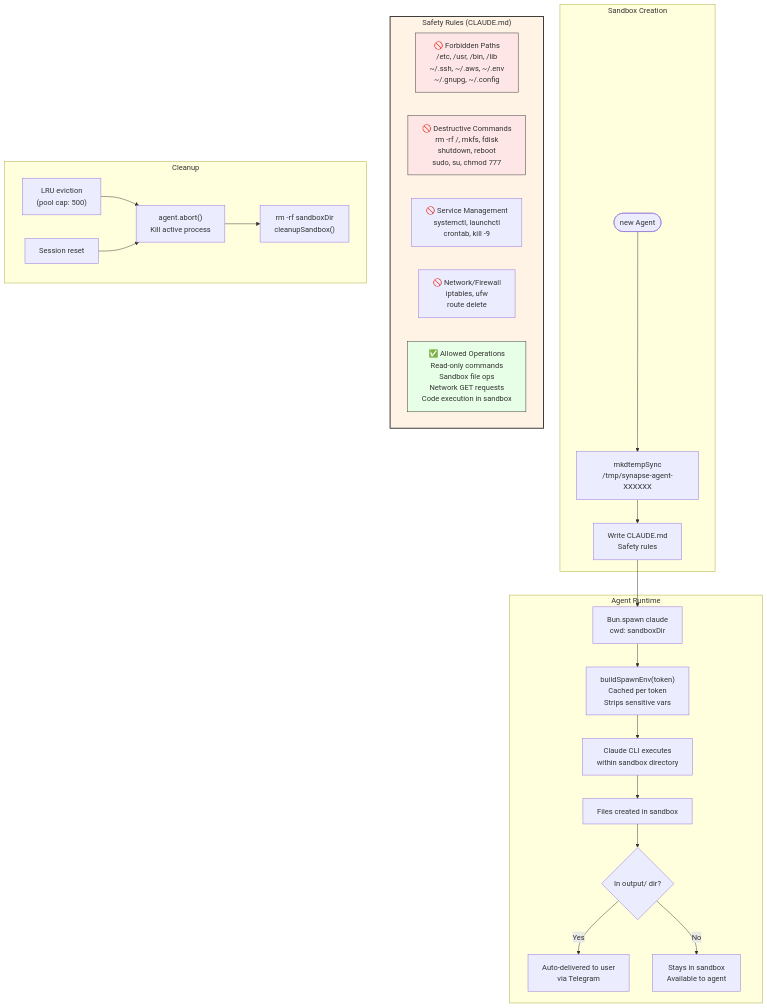
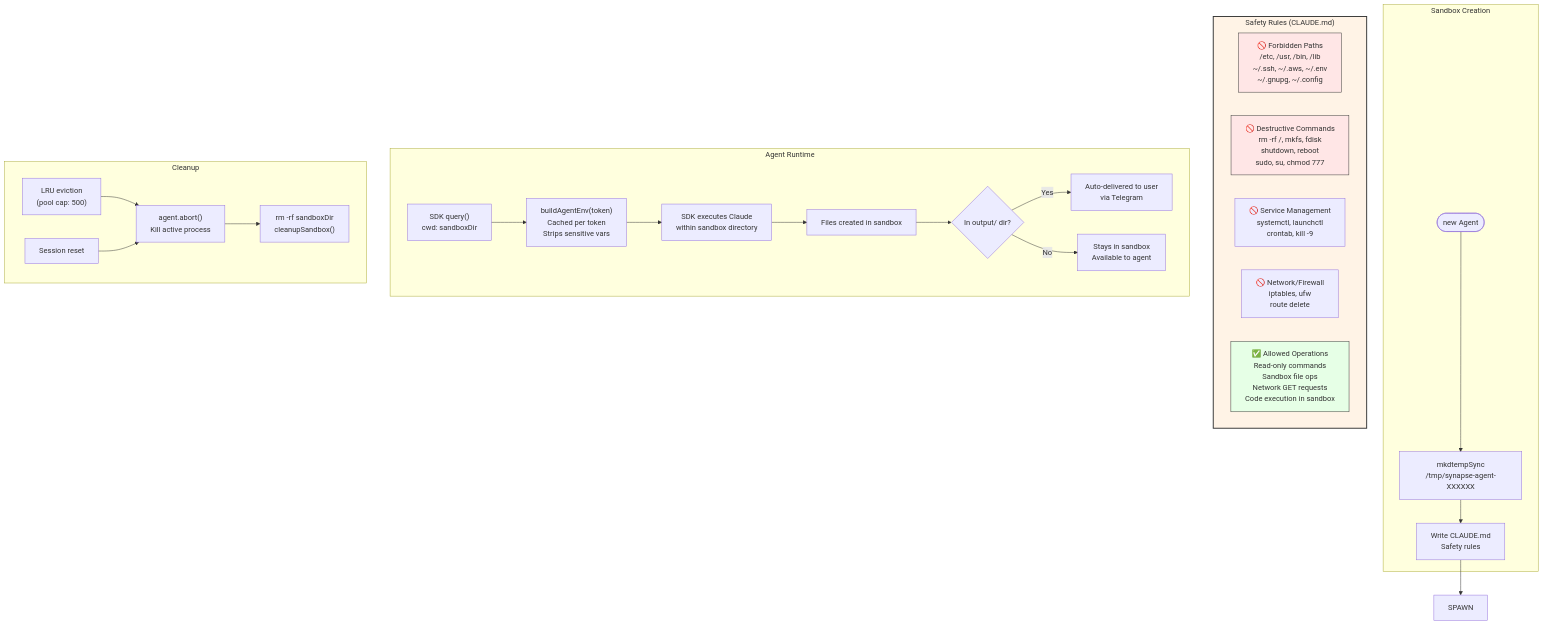
Before and after one commit to egeominotti/Synapse: diagram 11 of 12 in docs/ARCHITECTURE.md, drawn with Mermaid. The commit also changed other lines of this file and 16 other files, not shown here.

````diff
--- a/docs/ARCHITECTURE.md
+++ b/docs/ARCHITECTURE.md
@@ -623,39 +605,39 @@
 ```mermaid
 flowchart TD
     subgraph CREATE["Sandbox Creation"]
         NEW_AGENT([new Agent]) --> MKTEMP["mkdtempSync<br/>/tmp/synapse-agent-XXXXXX"]
         MKTEMP --> WRITE_RULES["Write CLAUDE.md<br/>Safety rules"]
     end
 
     subgraph RULES["Safety Rules (CLAUDE.md)"]
         direction LR
         FORBIDDEN["🚫 Forbidden Paths<br/>/etc, /usr, /bin, /lib<br/>~/.ssh, ~/.aws, ~/.env<br/>~/.gnupg, ~/.config"]
         DESTRUCTIVE["🚫 Destructive Commands<br/>rm -rf /, mkfs, fdisk<br/>shutdown, reboot<br/>sudo, su, chmod 777"]
         SERVICES["🚫 Service Management<br/>systemctl, launchctl<br/>crontab, kill -9"]
         NETWORK["🚫 Network/Firewall<br/>iptables, ufw<br/>route delete"]
         ALLOWED["✅ Allowed Operations<br/>Read-only commands<br/>Sandbox file ops<br/>Network GET requests<br/>Code execution in sandbox"]
     end
 
     subgraph RUNTIME["Agent Runtime"]
-        SPAWN["Bun.spawn claude<br/>cwd: sandboxDir"] --> ENV["buildSpawnEnv(token)<br/>Cached per token<br/>Strips sensitive vars"]
-        ENV --> EXECUTE["Claude CLI executes<br/>within sandbox directory"]
+        QUERY_SDK["SDK query()<br/>cwd: sandboxDir"] --> ENV["buildAgentEnv(token)<br/>Cached per token<br/>Strips sensitive vars"]
+        ENV --> EXECUTE["SDK executes Claude<br/>within sandbox directory"]
         EXECUTE --> FILES["Files created in sandbox"]
         FILES --> OUTPUT{In output/ dir?}
         OUTPUT -->|Yes| DELIVER["Auto-delivered to user<br/>via Telegram"]
         OUTPUT -->|No| STAY["Stays in sandbox<br/>Available to agent"]
     end
 
     subgraph CLEANUP_FLOW["Cleanup"]
         LRU_EVICT["LRU eviction<br/>(pool cap: 500)"] --> ABORT["agent.abort()<br/>Kill active process"]
         ABORT --> RM["rm -rf sandboxDir<br/>cleanupSandbox()"]
 
         SESSION_RESET["Session reset"] --> ABORT
     end
 
     WRITE_RULES --> SPAWN
 
     style RULES fill:#fff3e6,stroke:#333,stroke-width:2px
     style FORBIDDEN fill:#ffe6e6,stroke:#333
     style DESTRUCTIVE fill:#ffe6e6,stroke:#333
     style ALLOWED fill:#e6ffe6,stroke:#333
 ```
````
